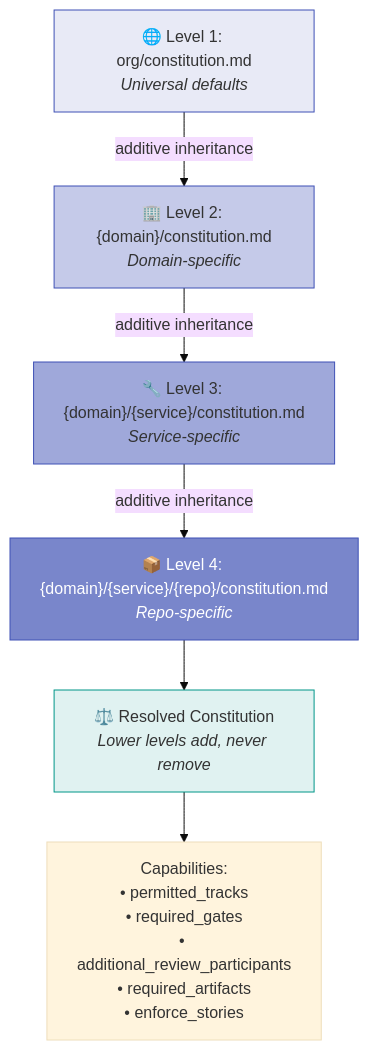
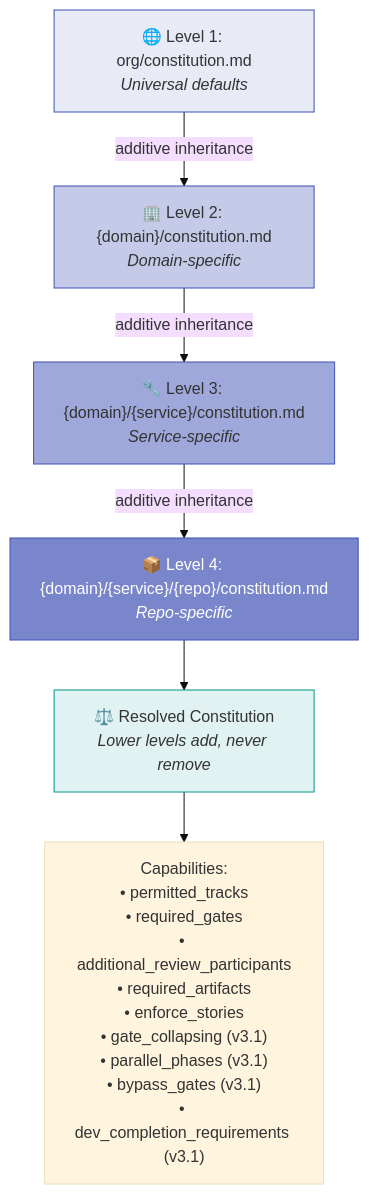
One commit to crisweber2600/bmad.lens.src changed diagram 14 of 14 in _bmad/lens-work/docs/lifecycle-visual-guide.md. Above: the diagram before and after it, drawn with Mermaid (base theme). The commit also changed other lines of this file and 19 other files, not shown here.

````diff
--- a/_bmad/lens-work/docs/lifecycle-visual-guide.md
+++ b/_bmad/lens-work/docs/lifecycle-visual-guide.md
@@ -569,20 +589,20 @@
 ```mermaid
 flowchart TB
     L1["🌐 Level 1: org/constitution.md<br/><i>Universal defaults</i>"]
     L2["🏢 Level 2: {domain}/constitution.md<br/><i>Domain-specific</i>"]
     L3["🔧 Level 3: {domain}/{service}/constitution.md<br/><i>Service-specific</i>"]
     L4["📦 Level 4: {domain}/{service}/{repo}/constitution.md<br/><i>Repo-specific</i>"]
 
     L1 -->|"additive inheritance"| L2
     L2 -->|"additive inheritance"| L3
     L3 -->|"additive inheritance"| L4
 
     L4 --> RESOLVE["⚖️ Resolved Constitution<br/><i>Lower levels add, never remove</i>"]
-    RESOLVE --> CAPS["Capabilities:<br/>• permitted_tracks<br/>• required_gates<br/>• additional_review_participants<br/>• required_artifacts<br/>• enforce_stories"]
+    RESOLVE --> CAPS["Capabilities:<br/>• permitted_tracks<br/>• required_gates<br/>• additional_review_participants<br/>• required_artifacts<br/>• enforce_stories<br/>• gate_collapsing (v3.1)<br/>• parallel_phases (v3.1)<br/>• bypass_gates (v3.1)<br/>• dev_completion_requirements (v3.1)"]
 
     style L1 fill:#e8eaf6,stroke:#3f51b5
     style L2 fill:#c5cae9,stroke:#3f51b5
     style L3 fill:#9fa8da,stroke:#3f51b5
     style L4 fill:#7986cb,stroke:#3f51b5,color:#fff
     style RESOLVE fill:#e0f2f1,stroke:#009688
 ```
````
